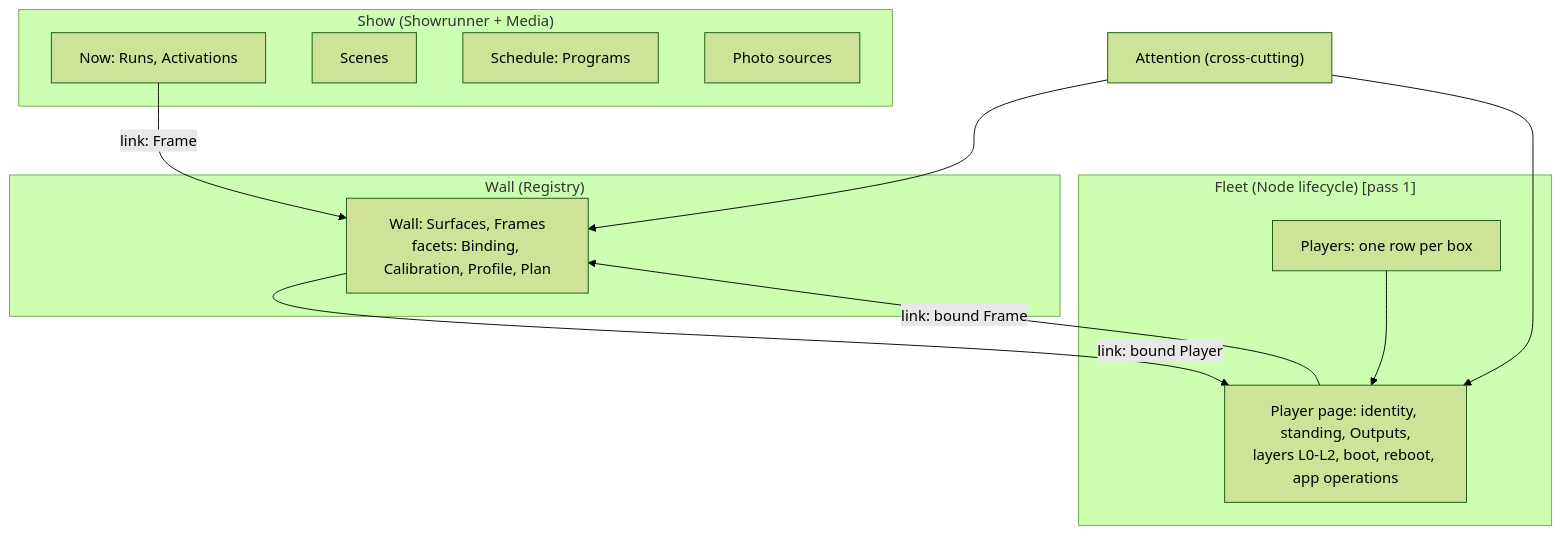
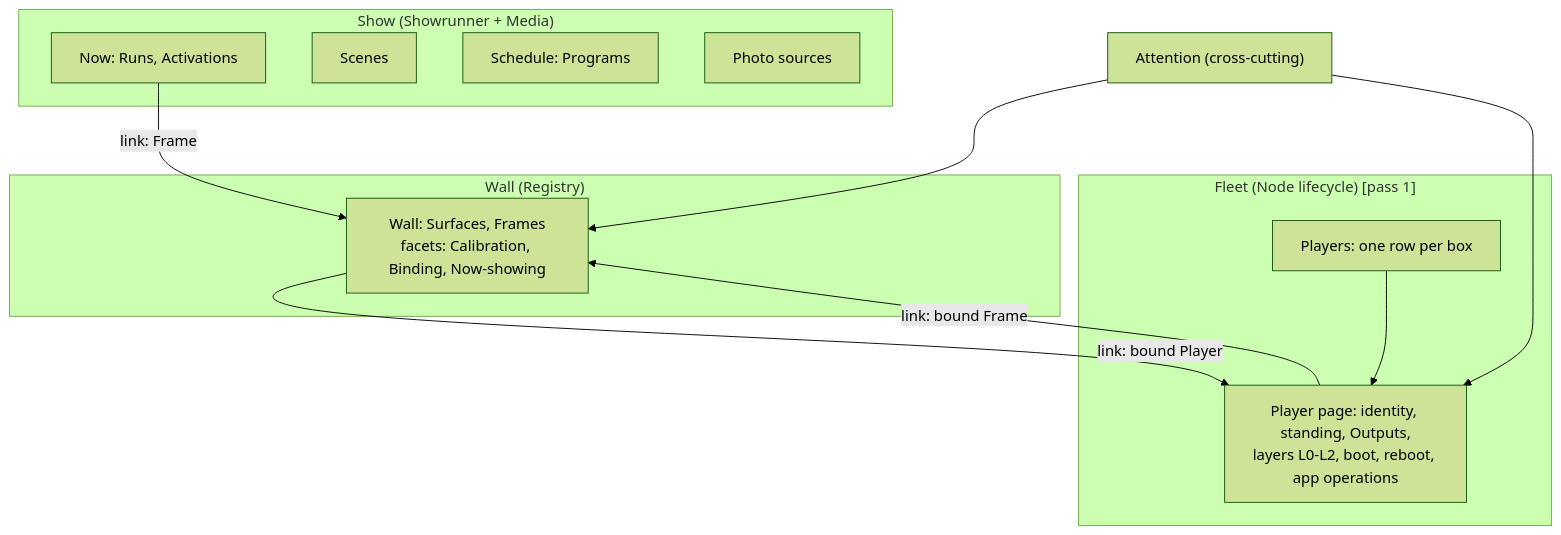
One commit to mcurcio/photo-wall changed the second of 7 diagrams in docs/operator-console-ddd.md. Above: the diagram before and after it, drawn with Mermaid (forest theme). The commit also changed other lines of this file and 1 other file, not shown here.

````diff
--- a/docs/operator-console-ddd.md
+++ b/docs/operator-console-ddd.md
@@ -77,23 +77,23 @@
 ```mermaid
 flowchart TB
   subgraph SHOW["Show (Showrunner + Media)"]
     NOW["Now: Runs, Activations"]
     SC["Scenes"]
     PR["Schedule: Programs"]
     SRC["Photo sources"]
   end
   subgraph INST["Wall (Registry)"]
-    WALL["Wall: Surfaces, Frames<br/>facets: Binding, Calibration, Profile, Plan"]
+    WALL["Wall: Surfaces, Frames<br/>facets: Calibration, Binding, Now-showing"]
   end
   subgraph FLEET["Fleet (Node lifecycle)  [pass 1]"]
     PL["Players: one row per box"]
     PP["Player page: identity, standing, Outputs,<br/>layers L0-L2, boot, reboot, app operations"]
   end
   ATT["Attention (cross-cutting)"]
   PL --> PP
   WALL -->|"link: bound Player"| PP
   PP -->|"link: bound Frame"| WALL
   NOW -->|"link: Frame"| WALL
   ATT --> WALL
   ATT --> PP
 ```
````
